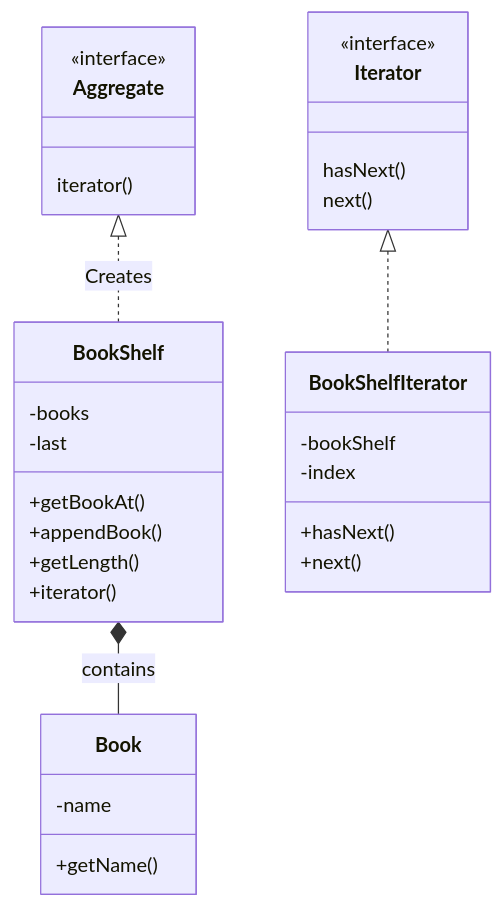
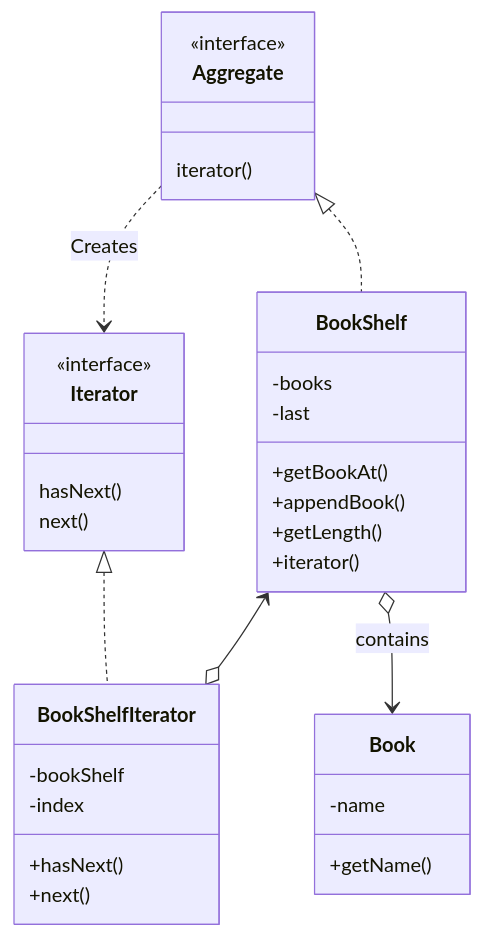
Before and after one commit to ysk0423/design-pattern-kt: the diagram in Iterator/README.md, drawn with Mermaid.

Commit message:
feat: 不足している関連付け

````diff
--- a/Iterator/README.md
+++ b/Iterator/README.md
@@ -3,33 +3,35 @@
 ```mermaid
 classDiagram
   class Aggregate {
       <<interface>>
       iterator()
   }
   class Iterator {
       <<interface>>
       hasNext()
       next()
   }
-  Aggregate <|.. BookShelf : Creates
+  Aggregate ..> Iterator : Creates
+  Aggregate <|.. BookShelf
   Iterator <|.. BookShelfIterator
   class BookShelf {
       -books
       -last
       +getBookAt()
       +appendBook()
       +getLength()
       +iterator()
   }
   class BookShelfIterator {
       -bookShelf
       -index
       +hasNext()
       +next()
   }
+  BookShelf <--o BookShelfIterator
   class Book {
       -name
       +getName()
   }
-  BookShelf *-- Book : contains
+  BookShelf o--> Book : contains
 ```
````
